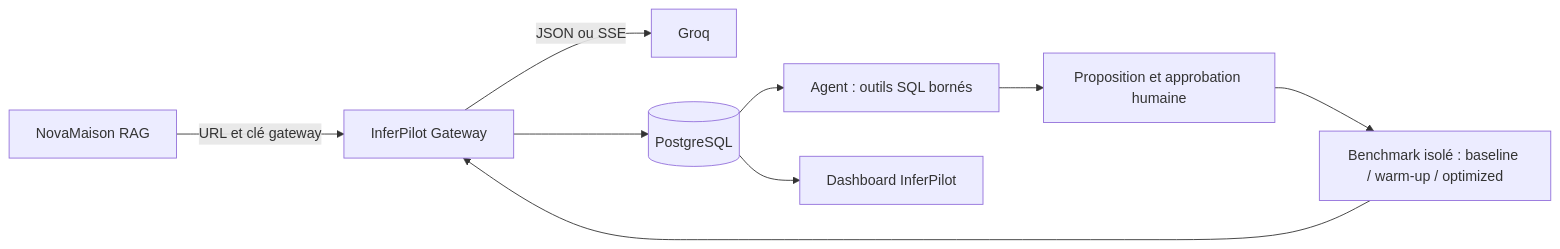
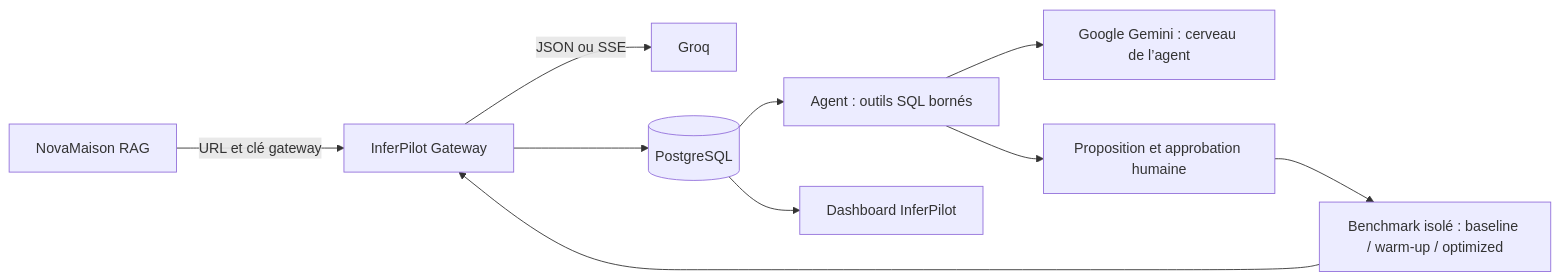
Before and after one commit to longa16/InferPilot: the diagram in README.md, drawn with Mermaid. The commit also changed other lines of this file and 10 other files, not shown here.

Commit message:
Use Google Gemini for InferPilot agent planning

````diff
--- a/README.md
+++ b/README.md
@@ -5,11 +5,12 @@
 ```mermaid
 flowchart LR
   N[NovaMaison RAG] -->|URL et clé gateway| G[InferPilot Gateway]
   G -->|JSON ou SSE| P[Groq]
   G --> DB[(PostgreSQL)]
   DB --> A[Agent : outils SQL bornés]
+  A --> M[Google Gemini : cerveau de l’agent]
   A --> H[Proposition et approbation humaine]
   H --> B[Benchmark isolé : baseline / warm-up / optimized]
   B --> G
   DB --> U[Dashboard InferPilot]
 ```
````
